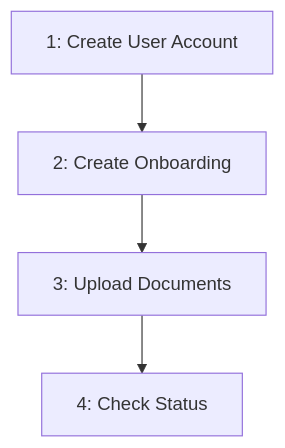
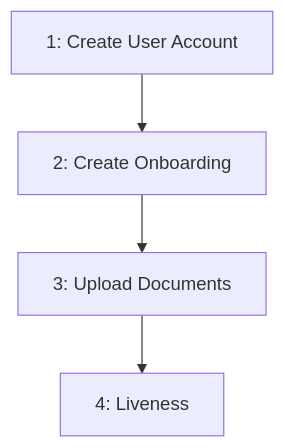
One commit to coinwise-io/zrobank-doc-api changed the diagram in docs/baas/guides/natural-person-onboarding.md. Above: the diagram before and after it, drawn with Mermaid. The commit also changed other lines of this file and 1 other file, not shown here.

First line of the commit message:
docs: add natural person liveness step and webhook payloads

````diff
--- a/docs/baas/guides/natural-person-onboarding.md
+++ b/docs/baas/guides/natural-person-onboarding.md
@@ -12,6 +12,6 @@
 ```mermaid
 graph TD
     A[1: Create User Account] --> B[2: Create Onboarding]
     B --> C[3: Upload Documents]
-    C --> D[4: Check Status]
+    C --> D[4: Liveness]
 ```
````
